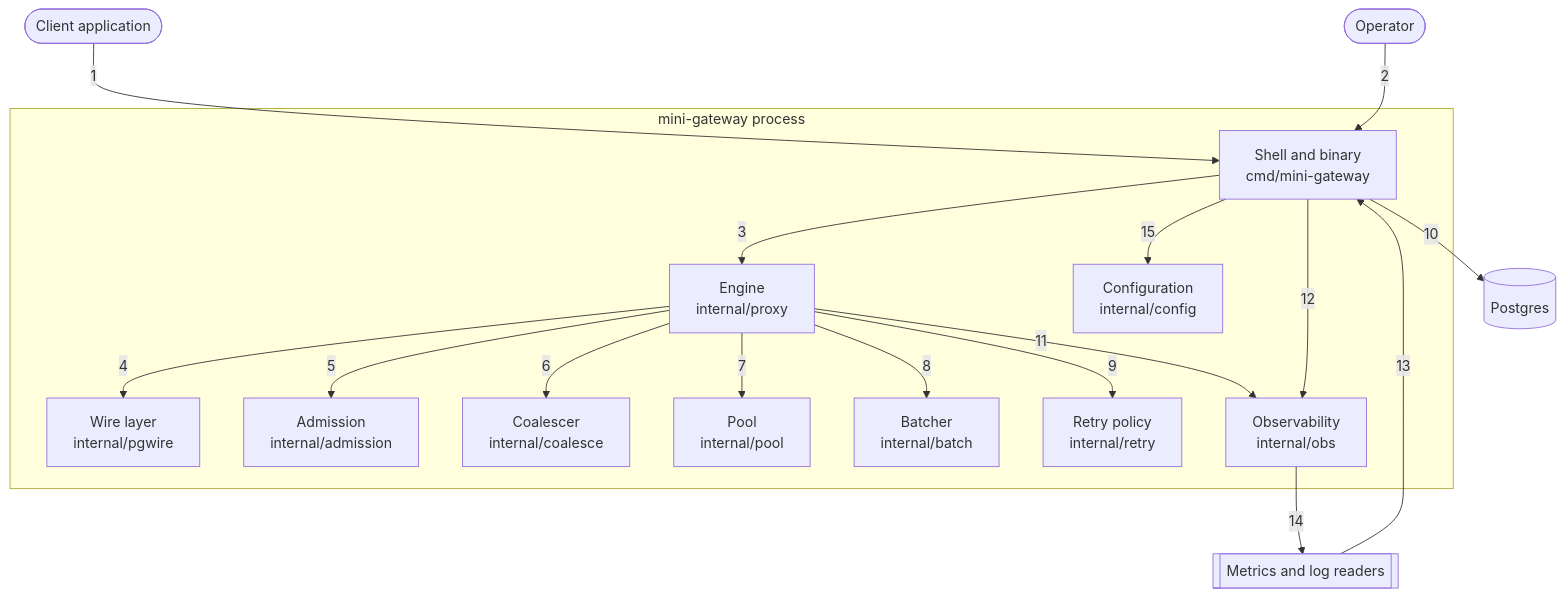
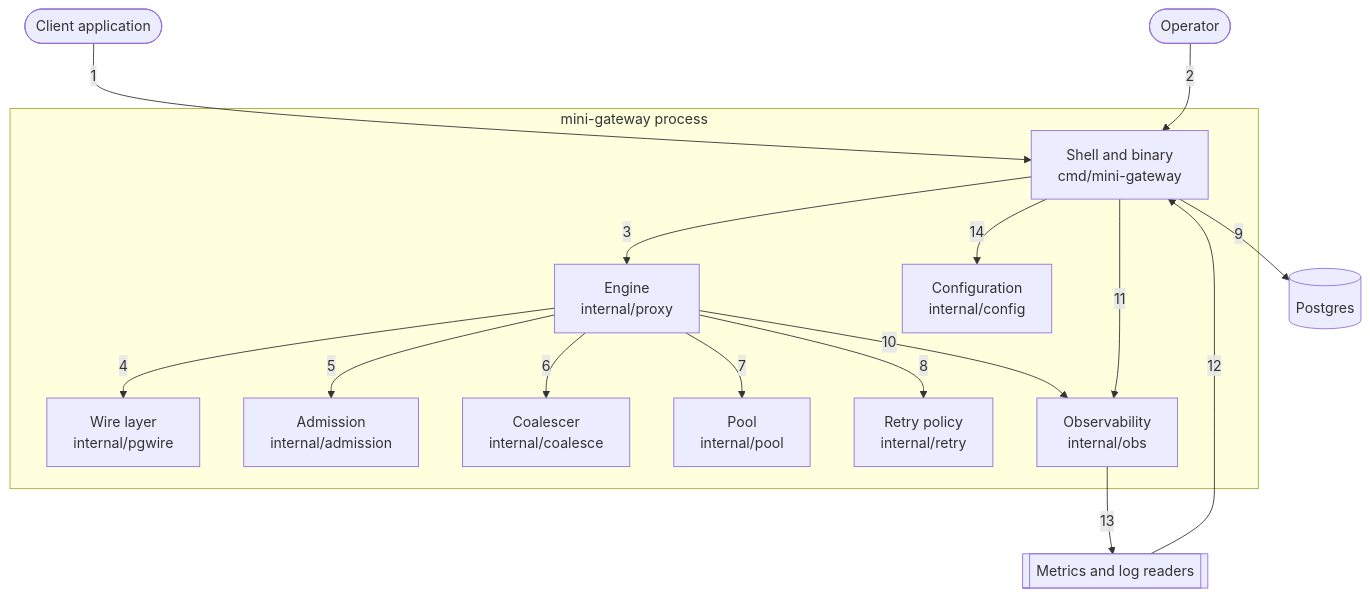
The diagram in docs/c4/diagrams/02-container-request-path.mmd (nickstrad/mini-gateway), drawn with Mermaid before and after one commit. The commit also changed 19 other files, not shown here.

Commit message:
c4: remove the batcher, draw TLS, renumber to 12 diagrams

```diff
--- a/docs/c4/diagrams/02-container-request-path.mmd
+++ b/docs/c4/diagrams/02-container-request-path.mmd
@@ -1,32 +1,30 @@
 flowchart TB
   APP(["Client application"])
   OPERATOR(["Operator"])
   PG[("Postgres")]
   TELEMETRY[["Metrics and log readers"]]
   subgraph SCOPE["mini-gateway process"]
     C_SHELL["Shell and binary<br/>cmd/mini-gateway"]
     C_ENGINE["Engine<br/>internal/proxy"]
     C_PGWIRE["Wire layer<br/>internal/pgwire"]
     C_ADM["Admission<br/>internal/admission"]
     C_COAL["Coalescer<br/>internal/coalesce"]
     C_POOL["Pool<br/>internal/pool"]
-    C_BATCH["Batcher<br/>internal/batch"]
     C_RETRY["Retry policy<br/>internal/retry"]
     C_OBS["Observability<br/>internal/obs"]
     C_CONFIG["Configuration<br/>internal/config"]
   end
   APP -->|1| C_SHELL
   OPERATOR -->|2| C_SHELL
   C_SHELL -->|3| C_ENGINE
   C_ENGINE -->|4| C_PGWIRE
   C_ENGINE -->|5| C_ADM
   C_ENGINE -->|6| C_COAL
   C_ENGINE -->|7| C_POOL
-  C_ENGINE -->|8| C_BATCH
-  C_ENGINE -->|9| C_RETRY
-  C_SHELL -->|10| PG
-  C_ENGINE -->|11| C_OBS
-  C_SHELL -->|12| C_OBS
-  TELEMETRY -->|13| C_SHELL
-  C_OBS -->|14| TELEMETRY
-  C_SHELL -->|15| C_CONFIG
+  C_ENGINE -->|8| C_RETRY
+  C_SHELL -->|9| PG
+  C_ENGINE -->|10| C_OBS
+  C_SHELL -->|11| C_OBS
+  TELEMETRY -->|12| C_SHELL
+  C_OBS -->|13| TELEMETRY
+  C_SHELL -->|14| C_CONFIG
```
